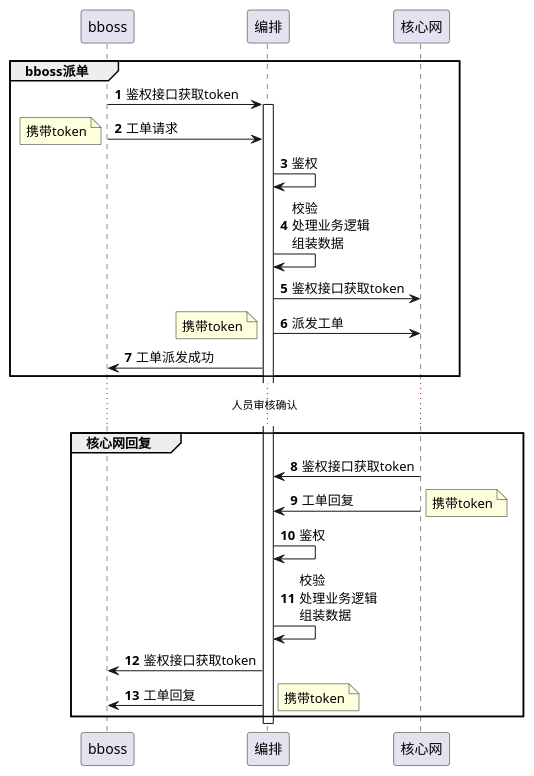
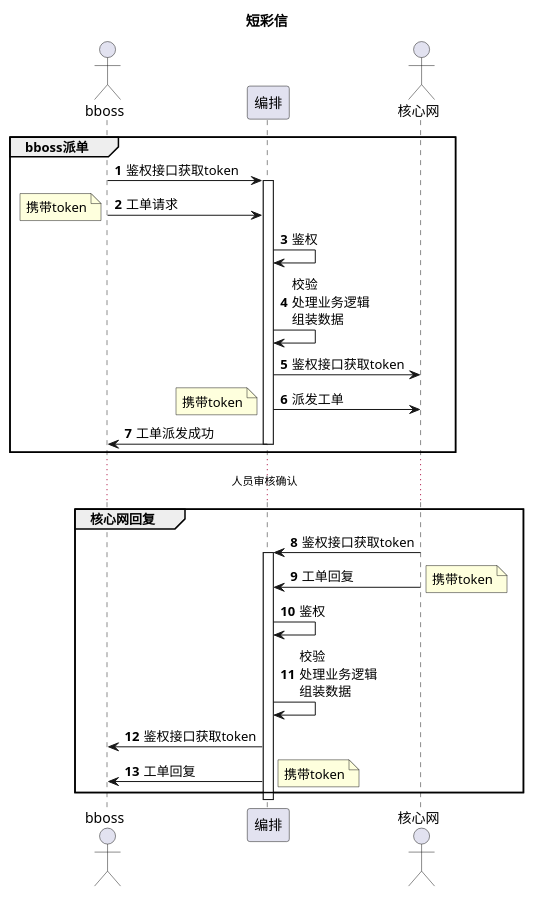
Before and after one commit to learnxin/testdemo: the diagram in src/main/resources/plantuml/o/sms.puml, drawn with PlantUML. The commit also changed 9 other files, not shown here.

```diff
--- a/src/main/resources/plantuml/o/sms.puml
+++ b/src/main/resources/plantuml/o/sms.puml
@@ -1,37 +1,40 @@
 @startuml
+title 短彩信
+
 autonumber
-participant bboss
+actor bboss
 participant 编排
-participant 核心网
+actor 核心网
 
 group bboss派单
 
 bboss-> 编排: 鉴权接口获取token
 activate 编排
 bboss-> 编排: 工单请求
 note left : 携带token
 编排->编排 : 鉴权
 编排->编排 : 校验\n处理业务逻辑\n组装数据
 
 编排-> 核心网: 鉴权接口获取token
 
 编排-> 核心网: 派发工单
 note left : 携带token
 编排-> bboss : 工单派发成功
-
+deactivate 编排
 
 end
 ...人员审核确认...
 group 核心网回复
 
 核心网-> 编排: 鉴权接口获取token
+activate 编排
 核心网-> 编排: 工单回复
 note right : 携带token
 编排->编排 : 鉴权
 编排->编排 : 校验\n处理业务逻辑\n组装数据
 编排-> bboss: 鉴权接口获取token
 编排-> bboss: 工单回复
 note right : 携带token
 end
 deactivate 编排
 @enduml
```
